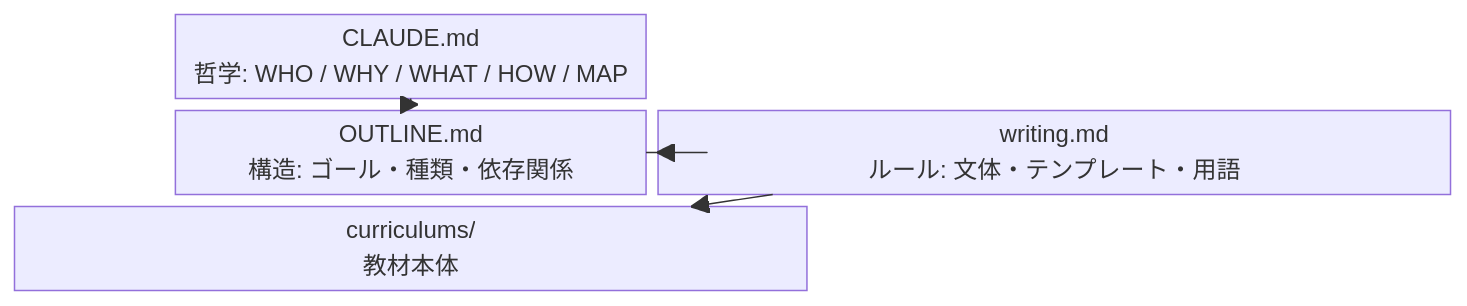
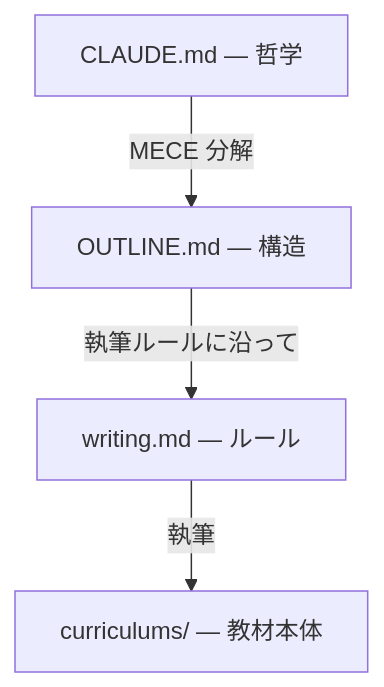
One commit to yotaro0616/curriculum-writer changed the second of 3 diagrams in README.md. Above: the diagram before and after it, drawn with Mermaid.

Commit message:
設計思想図を block-beta から flowchart TD に変更
block-beta はレンダラー間で表示が崩れるため、
安定した flowchart TD に切り替え。

````diff
--- a/README.md
+++ b/README.md
@@ -75,13 +75,11 @@
 ```mermaid
-block-beta
-    columns 5
+flowchart TD
+    A["CLAUDE.md — 哲学"]
+    B["OUTLINE.md — 構造"]
+    C["writing.md — ルール"]
+    D["curriculums/ — 教材本体"]
 
-    space A["CLAUDE.md<br>哲学: WHO / WHY / WHAT / HOW / MAP"]:3 space
-    space:1 B["OUTLINE.md<br>構造: ゴール・種類・依存関係"]:3 space:0
-    C["writing.md<br>ルール: 文体・テンプレート・用語"]:5
-    D["curriculums/<br>教材本体"]:5
-
-    A --> B
-    B --> C
-    C --> D
+    A -->|MECE 分解| B
+    B -->|執筆ルールに沿って| C
+    C -->|執筆| D
 ```
````
